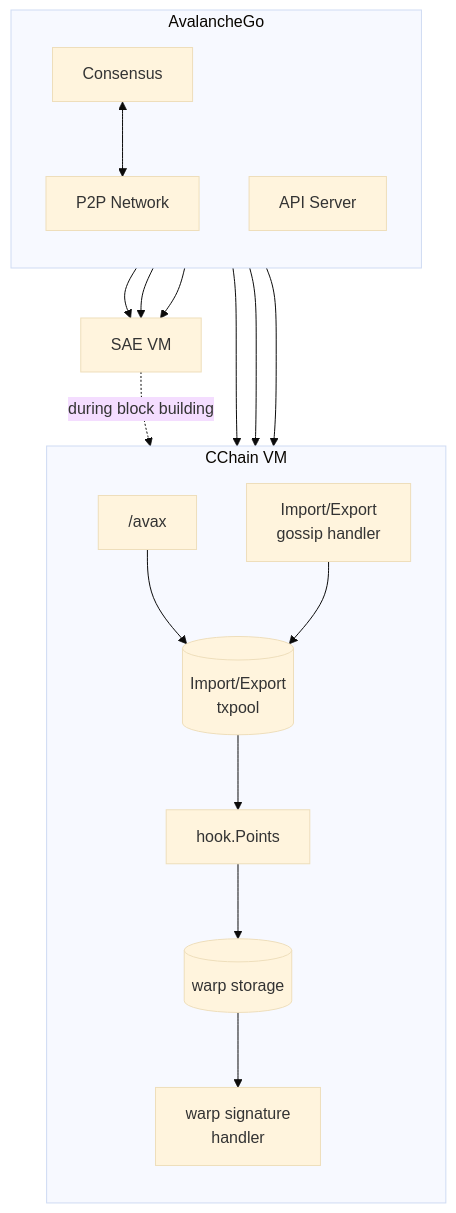
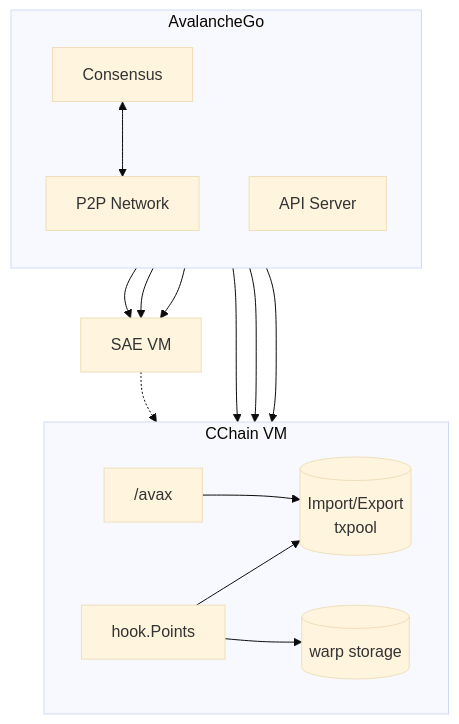
One commit to ava-labs/avalanchego changed the first of 4 diagrams in vms/saevm/cchain/README.md. Above: the diagram before and after it, drawn with Mermaid (base theme). The commit also changed other lines of this file, not shown here.

````diff
--- a/vms/saevm/cchain/README.md
+++ b/vms/saevm/cchain/README.md
@@ -9,37 +9,33 @@
 ```mermaid
 flowchart TB
     subgraph avago["AvalancheGo"]
         direction TB
         consensus["Consensus"]
         p2pin["P2P Network"]
         httpd["API Server"]
         consensus <--> p2pin
     end
 
     saevm["SAE VM"]
 
     subgraph cchain["CChain VM"]
-        direction TB
+        direction LR
         cc_rpc["/avax"]
-        cc_iegossip["Import/Export<br/>gossip handler"]
-        cc_warp["warp signature<br/>handler"]
         cc_pool[("Import/Export<br/>txpool")]
+        cc_hook["hook.Points"]
         cc_warp_store[("warp storage")]
-        cc_hook["hook.Points"]
     end
 
     consensus --> saevm
     p2pin --> saevm
-    p2pin --> cc_iegossip
-    p2pin --> cc_warp
     httpd --> saevm
     httpd --> cc_rpc
+    p2pin --> cc_pool
+    p2pin --> cc_warp_store
 
-    saevm -.->|"during block building"| cc_hook
+    saevm -.-> cc_hook
 
     cc_rpc --> cc_pool
-    cc_iegossip --> cc_pool
-    cc_pool --> cc_hook
+    cc_hook --> cc_pool
     cc_hook --> cc_warp_store
-    cc_warp_store --> cc_warp
 ```
````
